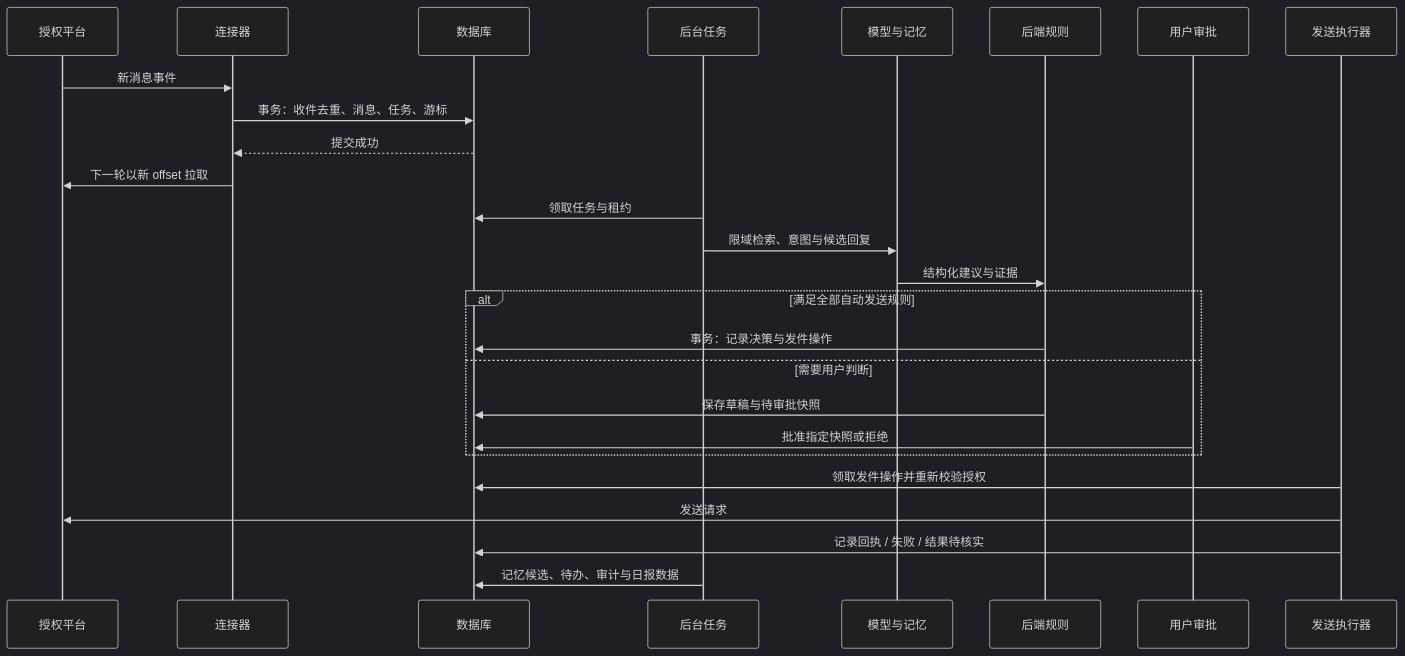
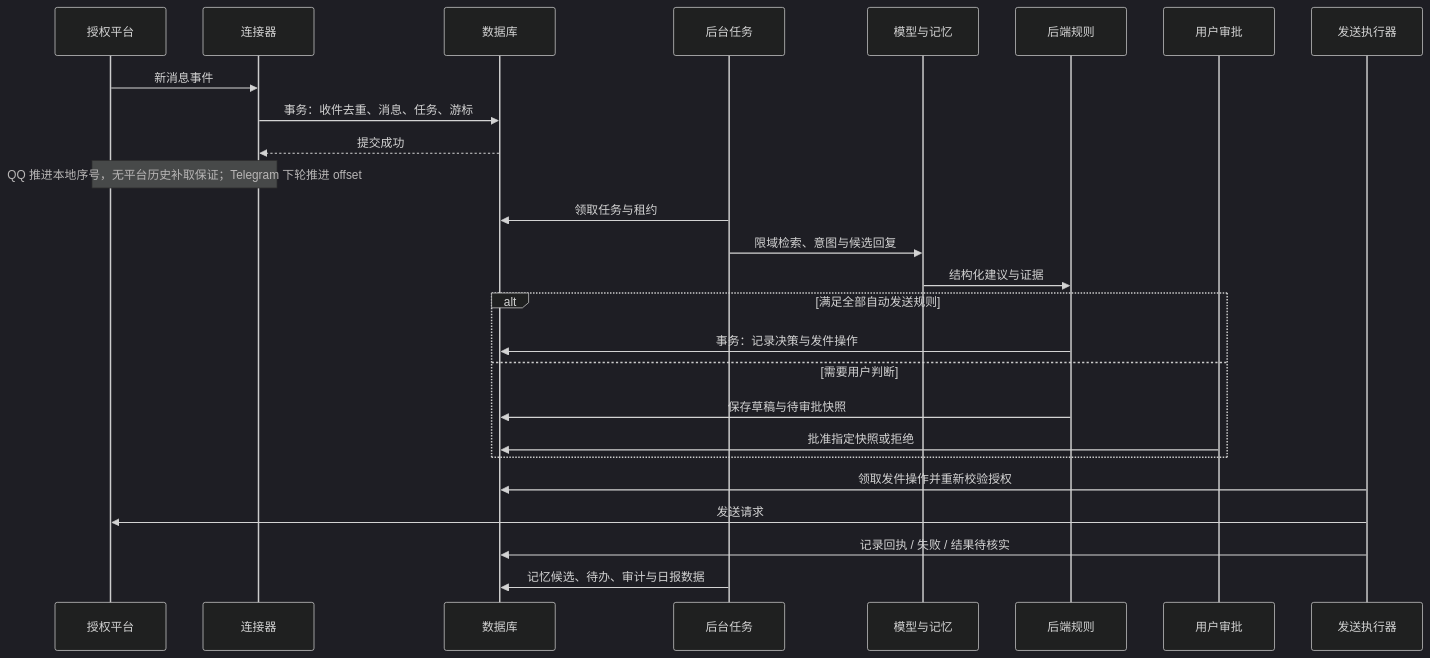
One commit to qilinbro/msg-manager changed the second of 2 diagrams in 技术文档.md. Above: the diagram before and after it, drawn with Mermaid (dark theme). The commit also changed other lines of this file and 75 other files, not shown here.

````diff
--- a/技术文档.md
+++ b/技术文档.md
@@ -224,28 +233,28 @@
 ```mermaid
 sequenceDiagram
     participant P as 授权平台
     participant C as 连接器
     participant D as 数据库
     participant W as 后台任务
     participant A as 模型与记忆
     participant R as 后端规则
     participant U as 用户审批
     participant S as 发送执行器
     P->>C: 新消息事件
     C->>D: 事务：收件去重、消息、任务、游标
     D-->>C: 提交成功
-    C->>P: 下一轮以新 offset 拉取
+    Note over C,P: QQ 推进本地序号，无平台历史补取保证；Telegram 下轮推进 offset
     W->>D: 领取任务与租约
     W->>A: 限域检索、意图与候选回复
     A->>R: 结构化建议与证据
     alt 满足全部自动发送规则
         R->>D: 事务：记录决策与发件操作
     else 需要用户判断
         R->>D: 保存草稿与待审批快照
         U->>D: 批准指定快照或拒绝
     end
     S->>D: 领取发件操作并重新校验授权
     S->>P: 发送请求
     S->>D: 记录回执 / 失败 / 结果待核实
     W->>D: 记忆候选、待办、审计与日报数据
 ```
````
